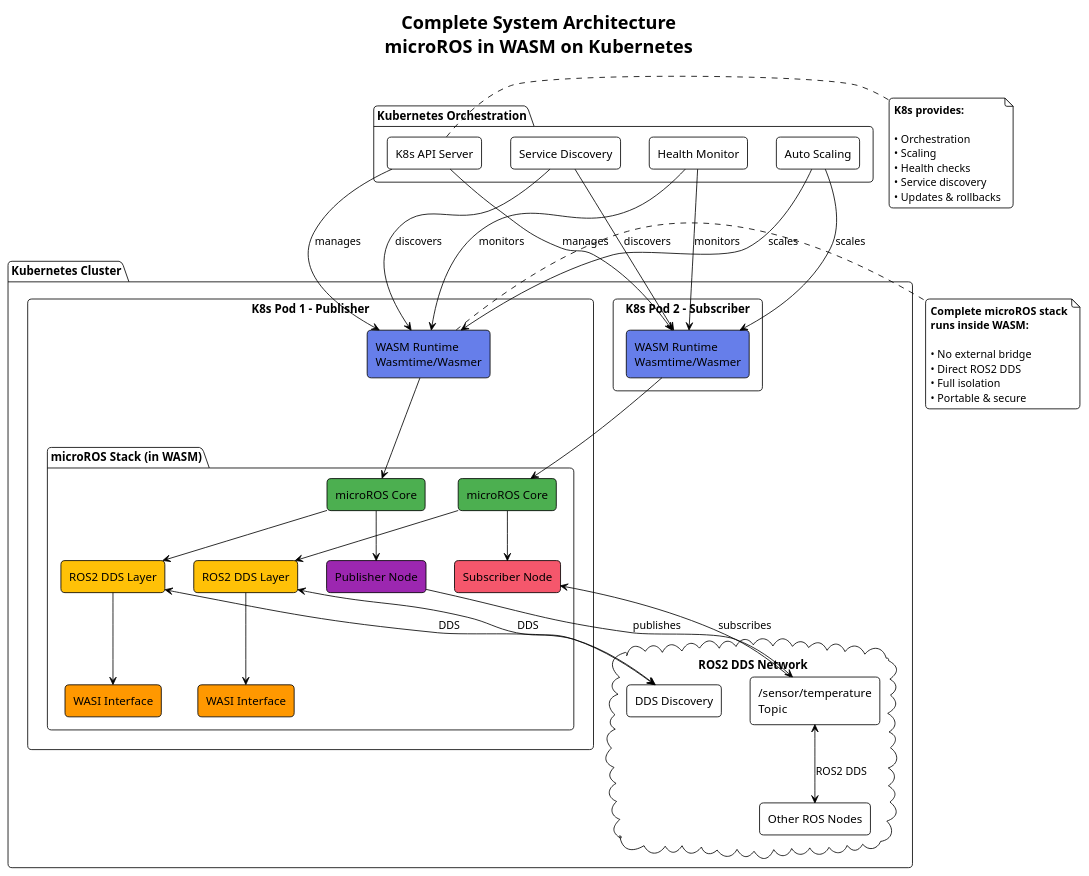
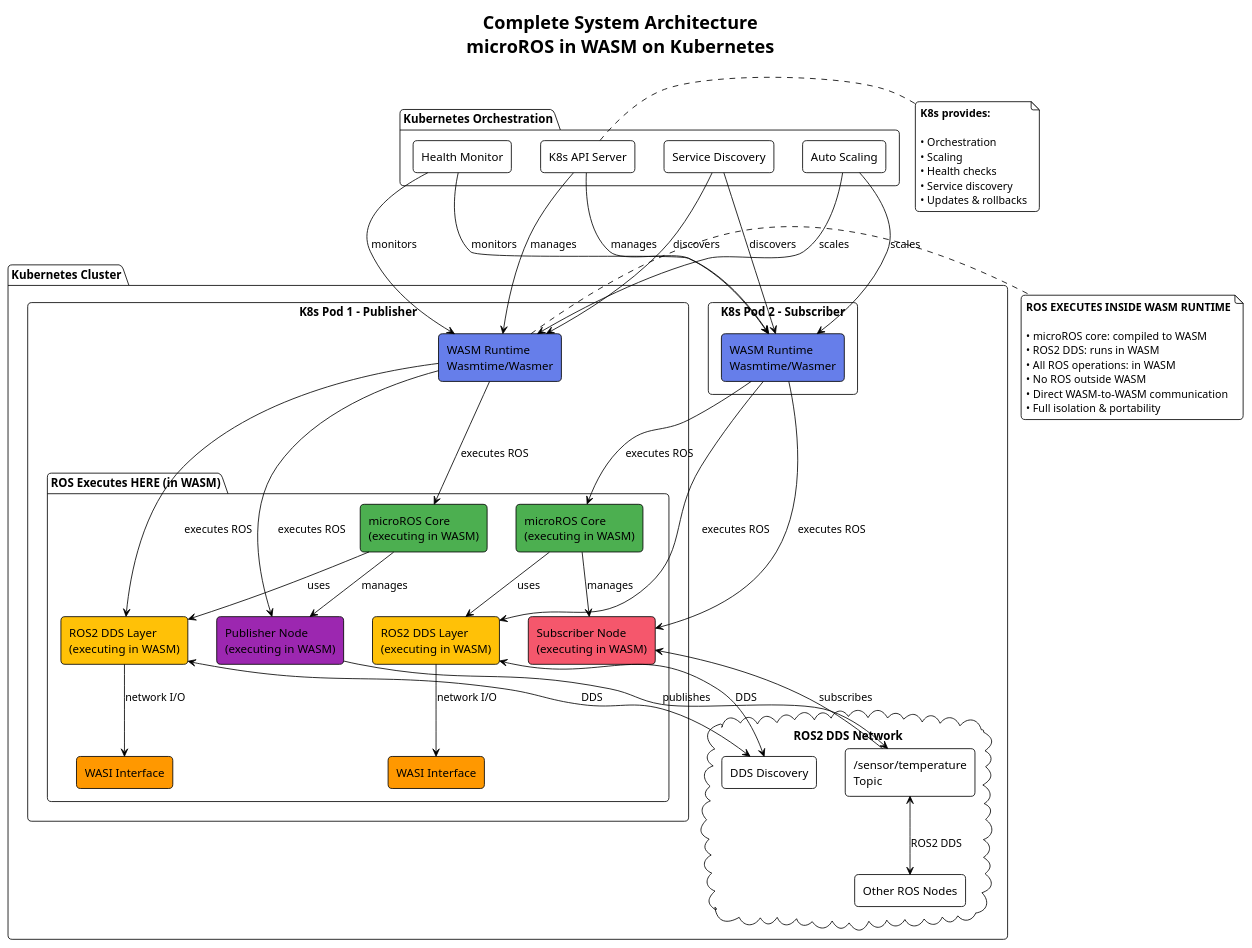
The diagram in diagrams/architecture_complete.puml (lucadagati/ros_wasm_example), drawn with PlantUML before and after one commit. The commit also changed other lines of this file and 26 other files, not shown here.

First line of the commit message:
Final update: All UML diagrams show ROS executing INSIDE WASM

```diff
--- a/diagrams/architecture_complete.puml
+++ b/diagrams/architecture_complete.puml
@@ -1,93 +1,98 @@
 @startuml Complete Architecture
 !theme plain
 skinparam backgroundColor #FFFFFF
 skinparam componentStyle rectangle
 skinparam roundcorner 10
 skinparam shadowing false
 
 title Complete System Architecture\nmicroROS in WASM on Kubernetes
 
 package "Kubernetes Cluster" {
     
     rectangle "K8s Pod 1 - Publisher" {
         component [WASM Runtime\nWasmtime/Wasmer] as RT1 #667eea
         
-        package "microROS Stack (in WASM)" {
-            component [microROS Core] as CORE1 #4CAF50
-            component [ROS2 DDS Layer] as DDS1 #FFC107
-            component [Publisher Node] as PUB #9C27B0
+        package "ROS Executes HERE (in WASM)" {
+            component [microROS Core\n(executing in WASM)] as CORE1 #4CAF50
+            component [ROS2 DDS Layer\n(executing in WASM)] as DDS1 #FFC107
+            component [Publisher Node\n(executing in WASM)] as PUB #9C27B0
             component [WASI Interface] as WASI1 #FF9800
         }
         
-        RT1 --> CORE1
-        CORE1 --> DDS1
-        CORE1 --> PUB
-        DDS1 --> WASI1
+        RT1 --> CORE1 : executes ROS
+        RT1 --> DDS1 : executes ROS
+        RT1 --> PUB : executes ROS
+        CORE1 --> DDS1 : uses
+        CORE1 --> PUB : manages
+        DDS1 --> WASI1 : network I/O
     }
     
     rectangle "K8s Pod 2 - Subscriber" {
         component [WASM Runtime\nWasmtime/Wasmer] as RT2 #667eea
         
-        package "microROS Stack (in WASM)" {
-            component [microROS Core] as CORE2 #4CAF50
-            component [ROS2 DDS Layer] as DDS2 #FFC107
-            component [Subscriber Node] as SUB #f5576c
+        package "ROS Executes HERE (in WASM)" {
+            component [microROS Core\n(executing in WASM)] as CORE2 #4CAF50
+            component [ROS2 DDS Layer\n(executing in WASM)] as DDS2 #FFC107
+            component [Subscriber Node\n(executing in WASM)] as SUB #f5576c
             component [WASI Interface] as WASI2 #FF9800
         }
         
-        RT2 --> CORE2
-        CORE2 --> DDS2
-        CORE2 --> SUB
-        DDS2 --> WASI2
+        RT2 --> CORE2 : executes ROS
+        RT2 --> DDS2 : executes ROS
+        RT2 --> SUB : executes ROS
+        CORE2 --> DDS2 : uses
+        CORE2 --> SUB : manages
+        DDS2 --> WASI2 : network I/O
     }
     
     cloud "ROS2 DDS Network" {
         component [/sensor/temperature\nTopic] as TOPIC
         component [DDS Discovery] as DISCOVERY
         component [Other ROS Nodes] as OTHER
     }
     
     DDS1 <--> DISCOVERY : DDS
     DDS2 <--> DISCOVERY : DDS
     PUB --> TOPIC : publishes
     TOPIC --> SUB : subscribes
     TOPIC <--> OTHER : ROS2 DDS
 }
 
 package "Kubernetes Orchestration" {
     component [K8s API Server] as K8S
     component [Service Discovery] as SVC
     component [Health Monitor] as HEALTH
     component [Auto Scaling] as SCALE
     
     K8S --> RT1 : manages
     K8S --> RT2 : manages
     SVC --> RT1 : discovers
     SVC --> RT2 : discovers
     HEALTH --> RT1 : monitors
     HEALTH --> RT2 : monitors
     SCALE --> RT1 : scales
     SCALE --> RT2 : scales
 }
 
 note right of RT1
-  **Complete microROS stack**
-  **runs inside WASM:**
+  **ROS EXECUTES INSIDE WASM RUNTIME**
   
-  • No external bridge
-  • Direct ROS2 DDS
-  • Full isolation
-  • Portable & secure
+  • microROS core: compiled to WASM
+  • ROS2 DDS: runs in WASM
+  • All ROS operations: in WASM
+  • No ROS outside WASM
+  • Direct WASM-to-WASM communication
+  • Full isolation & portability
 end note
 
 note right of K8S
   **K8s provides:**
   
   • Orchestration
   • Scaling
   • Health checks
   • Service discovery
   • Updates & rollbacks
 end note
 
 @enduml
```
